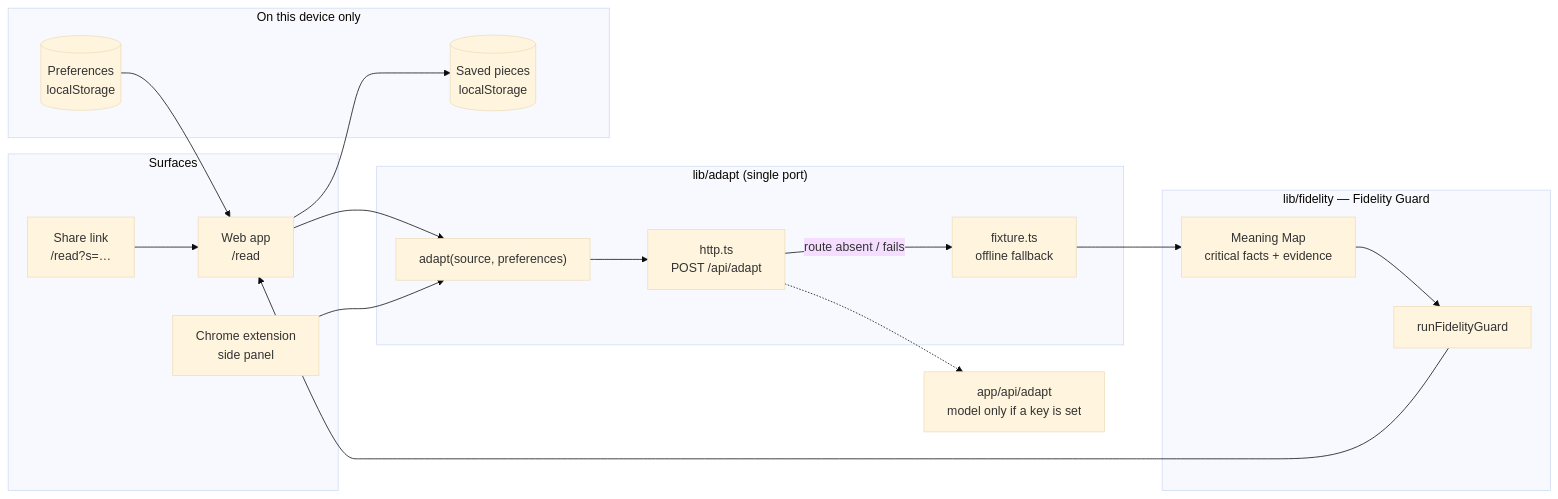
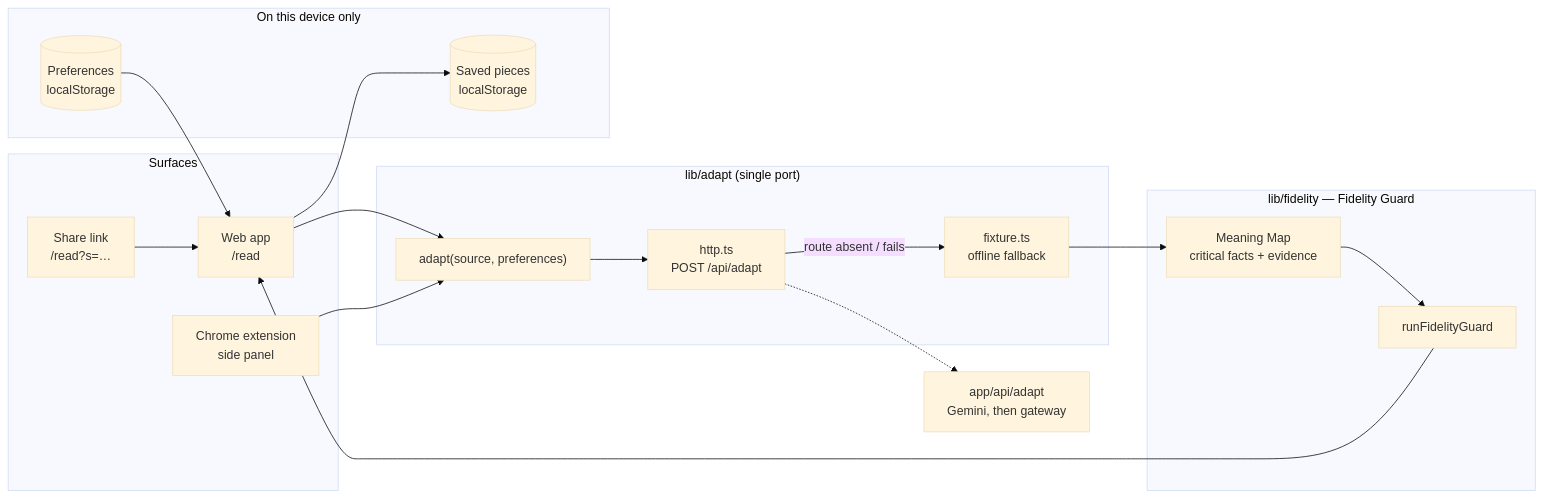
The first of 2 diagrams in README.md (Iron-Mark/appcon-lumiere-linawai), drawn with Mermaid (base theme) before and after one commit. The commit also changed other lines of this file and 10 other files, not shown here.

````diff
--- a/README.md
+++ b/README.md
@@ -109,35 +102,35 @@
 ```mermaid
 flowchart LR
   subgraph Surfaces
     W[Web app<br/>/read]
     X[Chrome extension<br/>side panel]
     S[Share link<br/>/read?s=…]
   end
 
   subgraph Port["lib/adapt (single port)"]
     A["adapt(source, preferences)"]
     H[http.ts<br/>POST /api/adapt]
     F[fixture.ts<br/>offline fallback]
   end
 
   subgraph Guard["lib/fidelity — Fidelity Guard"]
     M[Meaning Map<br/>critical facts + evidence]
     G[runFidelityGuard]
   end
 
   subgraph Device["On this device only"]
     P[(Preferences<br/>localStorage)]
     C[(Saved pieces<br/>localStorage)]
   end
 
   W --> A
   X --> A
   S --> W
   A --> H
   H -- "route absent / fails" --> F
-  H -.-> R["app/api/adapt<br/>model only if a key is set"]
+  H -.-> R["app/api/adapt<br/>Gemini, then gateway"]
   F --> M --> G
   G --> W
   P --> W
   W --> C
 ```
````
